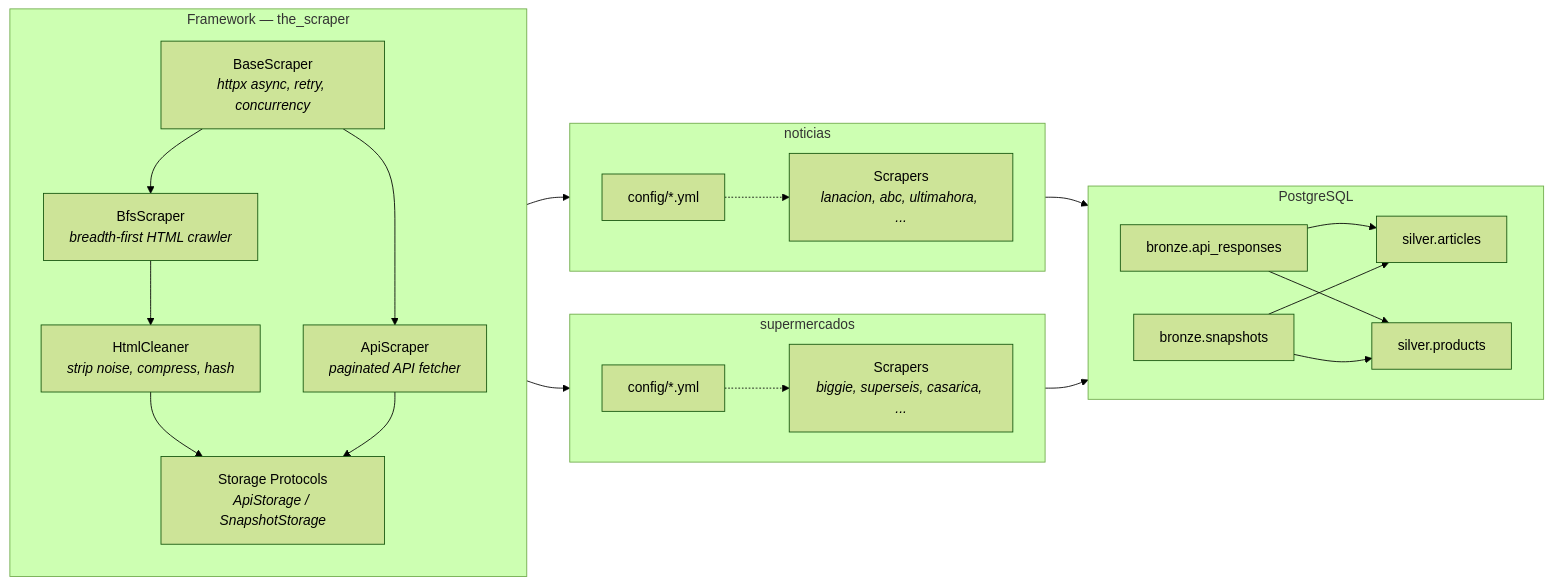
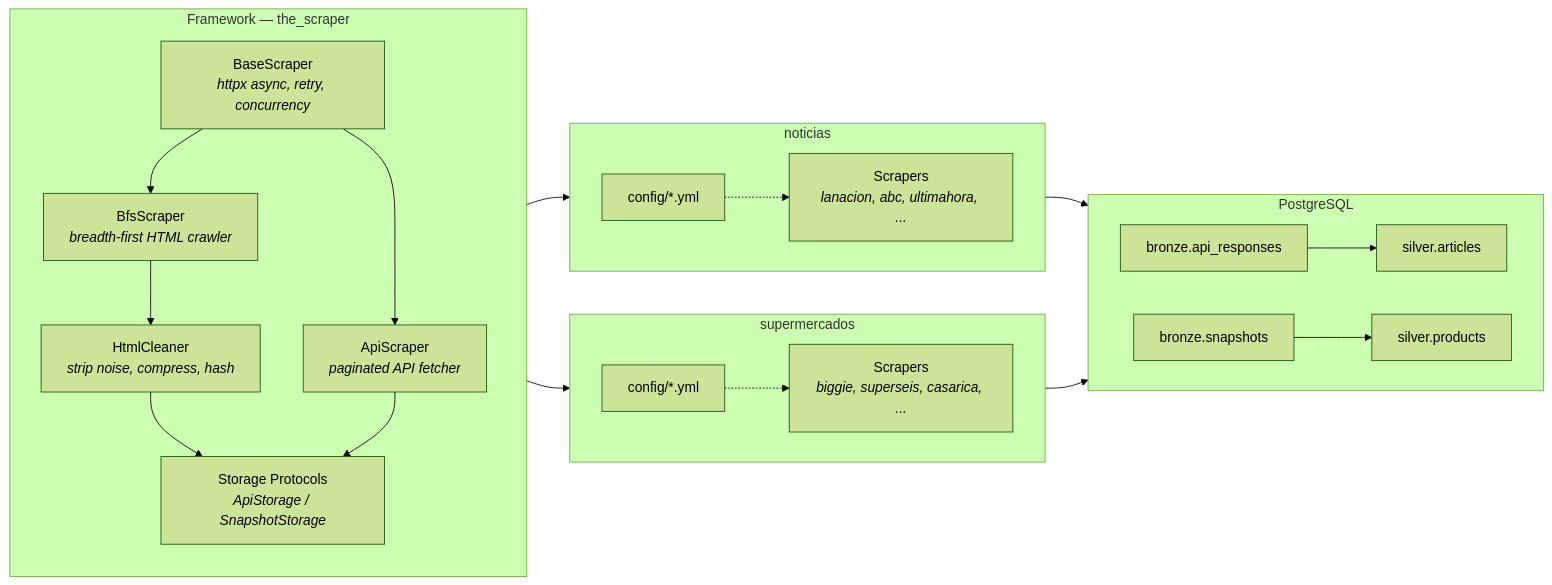
The first of 3 diagrams in README.md (quanturtle/galactus), drawn with Mermaid (forest theme) before and after one commit. The commit also changed other lines of this file, not shown here.

````diff
--- a/README.md
+++ b/README.md
@@ -56,36 +60,34 @@
 ```mermaid
 flowchart LR
     subgraph Framework["Framework — the_scraper"]
         BASE[BaseScraper<br/><i>httpx async, retry, concurrency</i>]
         BFS[BfsScraper<br/><i>breadth-first HTML crawler</i>]
         API[ApiScraper<br/><i>paginated API fetcher</i>]
         CLEAN[HtmlCleaner<br/><i>strip noise, compress, hash</i>]
         PROTO[Storage Protocols<br/><i>ApiStorage / SnapshotStorage</i>]
         BASE --> BFS
         BASE --> API
         BFS --> CLEAN
         CLEAN --> PROTO
         API --> PROTO
     end
 
     subgraph Noticias["noticias"]
         direction LR
         N_CFG["config/*.yml"] -.-> N_SCRP["Scrapers<br/><i>lanacion, abc, ultimahora, ...</i>"]
     end
 
     subgraph Supermercados["supermercados"]
         direction LR
         S_CFG["config/*.yml"] -.-> S_SCRP["Scrapers<br/><i>biggie, superseis, casarica, ...</i>"]
     end
 
     subgraph DB["PostgreSQL"]
         direction LR
         BRONZE_API[bronze.api_responses] --> SILVER_ART[silver.articles]
-        BRONZE_API --> SILVER_PROD[silver.products]
-        BRONZE_SNAP[bronze.snapshots] --> SILVER_ART
-        BRONZE_SNAP --> SILVER_PROD
+        BRONZE_SNAP[bronze.snapshots] --> SILVER_PROD[silver.products]
     end
 
     Framework --> Noticias --> DB
     Framework --> Supermercados --> DB
 ```
````
